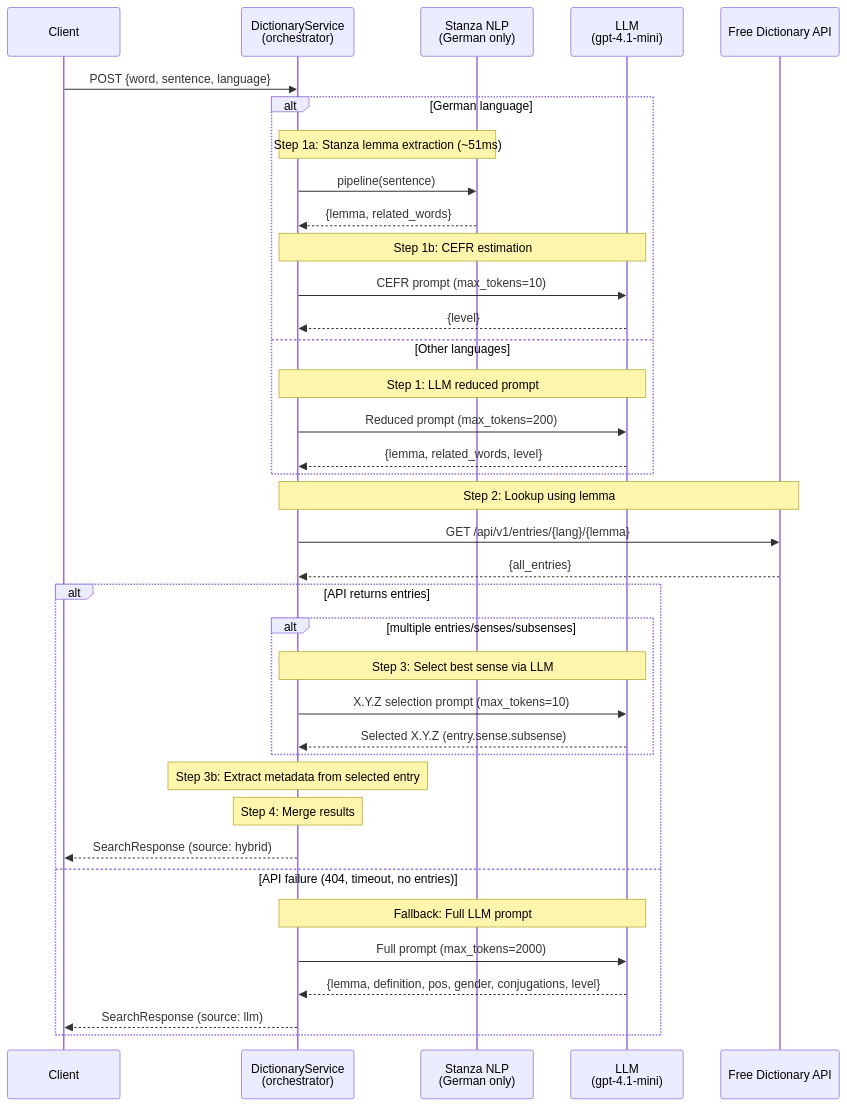
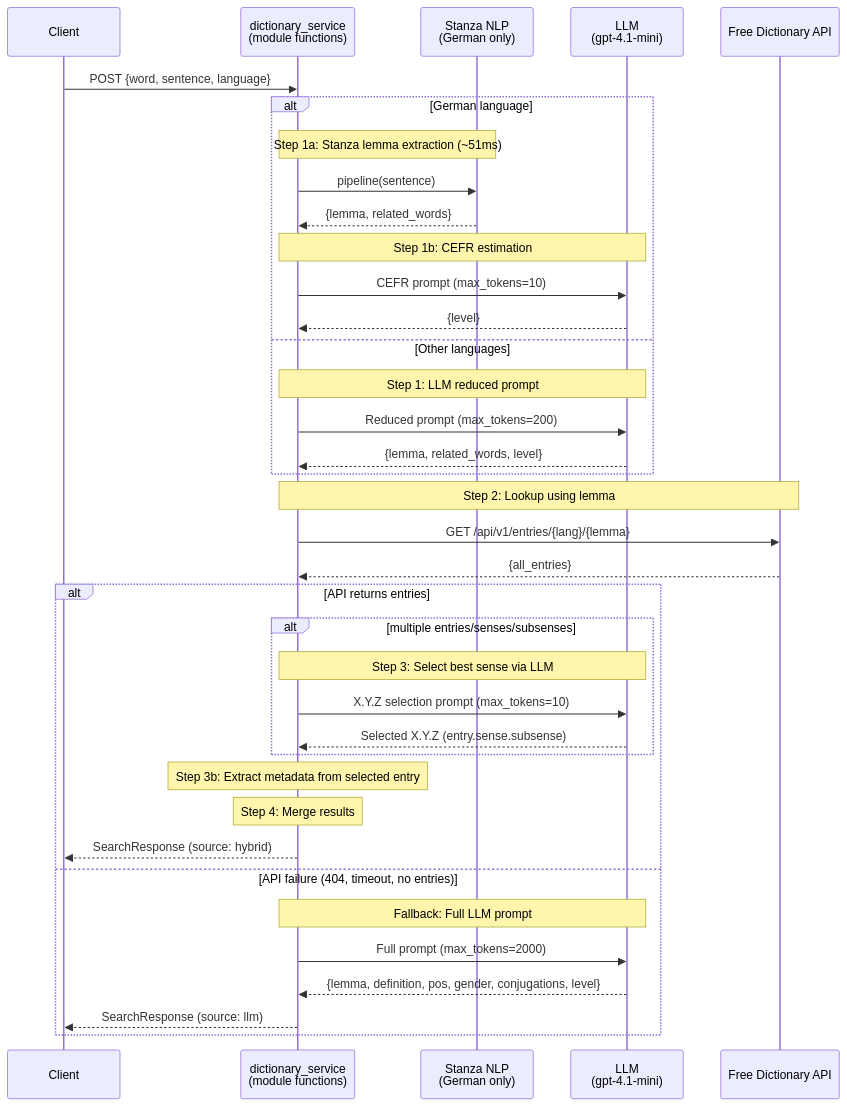
The seventh of 7 diagrams in docs/ARCHITECTURE.md (seung-gu/opad), drawn with Mermaid before and after one commit. The commit also changed other lines of this file and 47 other files, not shown here.

````diff
--- a/docs/ARCHITECTURE.md
+++ b/docs/ARCHITECTURE.md
@@ -1695,43 +1717,43 @@
 ```mermaid
 sequenceDiagram
     participant Client
-    participant Service as DictionaryService<br/>(orchestrator)
+    participant Service as dictionary_service<br/>(module functions)
     participant Stanza as Stanza NLP<br/>(German only)
     participant LLM as LLM<br/>(gpt-4.1-mini)
     participant FreeDict as Free Dictionary API
 
     Client->>Service: POST {word, sentence, language}
 
     alt German language
         Note over Service,Stanza: Step 1a: Stanza lemma extraction (~51ms)
         Service->>Stanza: pipeline(sentence)
         Stanza-->>Service: {lemma, related_words}
         Note over Service,LLM: Step 1b: CEFR estimation
         Service->>LLM: CEFR prompt (max_tokens=10)
         LLM-->>Service: {level}
     else Other languages
         Note over Service,LLM: Step 1: LLM reduced prompt
         Service->>LLM: Reduced prompt (max_tokens=200)
         LLM-->>Service: {lemma, related_words, level}
     end
 
     Note over Service,FreeDict: Step 2: Lookup using lemma
     Service->>FreeDict: GET /api/v1/entries/{lang}/{lemma}
     FreeDict-->>Service: {all_entries}
 
     alt API returns entries
         alt multiple entries/senses/subsenses
             Note over Service,LLM: Step 3: Select best sense via LLM
             Service->>LLM: X.Y.Z selection prompt (max_tokens=10)
             LLM-->>Service: Selected X.Y.Z (entry.sense.subsense)
         end
         Note over Service: Step 3b: Extract metadata from selected entry
         Note over Service: Step 4: Merge results
         Service-->>Client: SearchResponse (source: hybrid)
     else API failure (404, timeout, no entries)
         Note over Service,LLM: Fallback: Full LLM prompt
         Service->>LLM: Full prompt (max_tokens=2000)
         LLM-->>Service: {lemma, definition, pos, gender, conjugations, level}
         Service-->>Client: SearchResponse (source: llm)
     end
 ```
````
